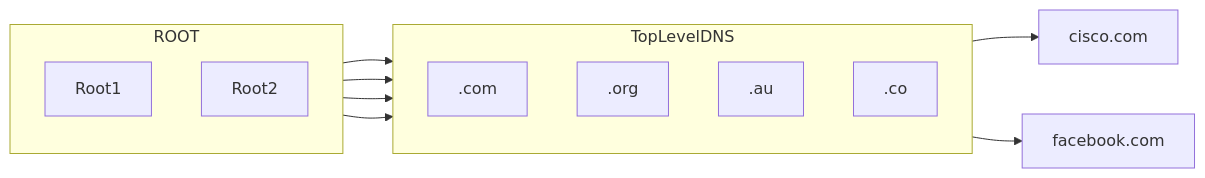
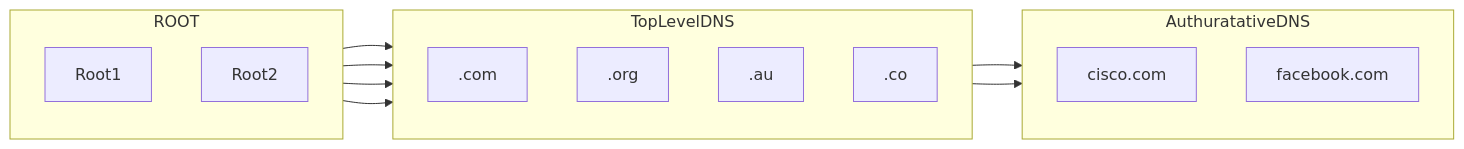
Before and after one commit to KelvinWu602/ObsidianVault: the third of 8 diagrams in Networking/Internet Protocol.md, drawn with Mermaid. The commit also changed other lines of this file and 17 other files, not shown here.

````diff
--- a/Networking/Internet Protocol.md
+++ b/Networking/Internet Protocol.md
@@ -222,23 +225,26 @@
 ```mermaid
 flowchart LR
 	Root1 --> .com
 	Root1 --> .org
 	Root2 --> .au
 	Root2 --> .co
 	.com --> cisco.com
 	.com --> facebook.com
 	subgraph ROOT
 	    direction TB
 			Root1
 			Root2    
 	end
 	subgraph TopLevelDNS
 		direction TB
 			.com
 			.org
 			.au
 			.co
 	end
-	cisco.com
-	facebook.com
+	subgraph AuthuratativeDNS
+		direction TB
+			cisco.com
+			facebook.com
+	end
 ```
````
